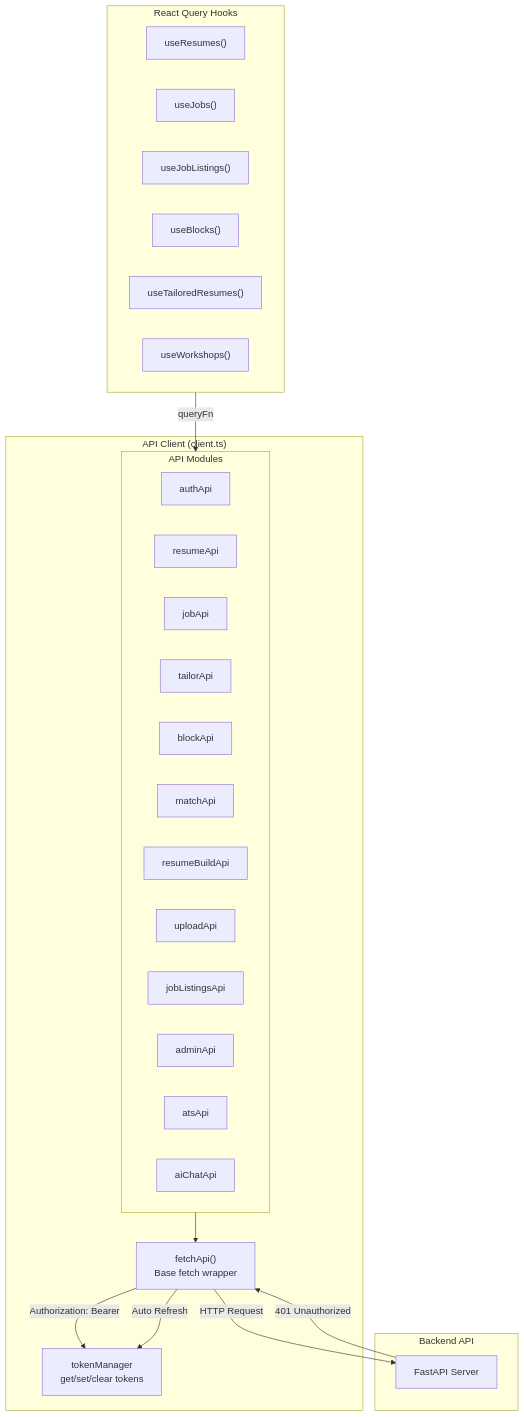
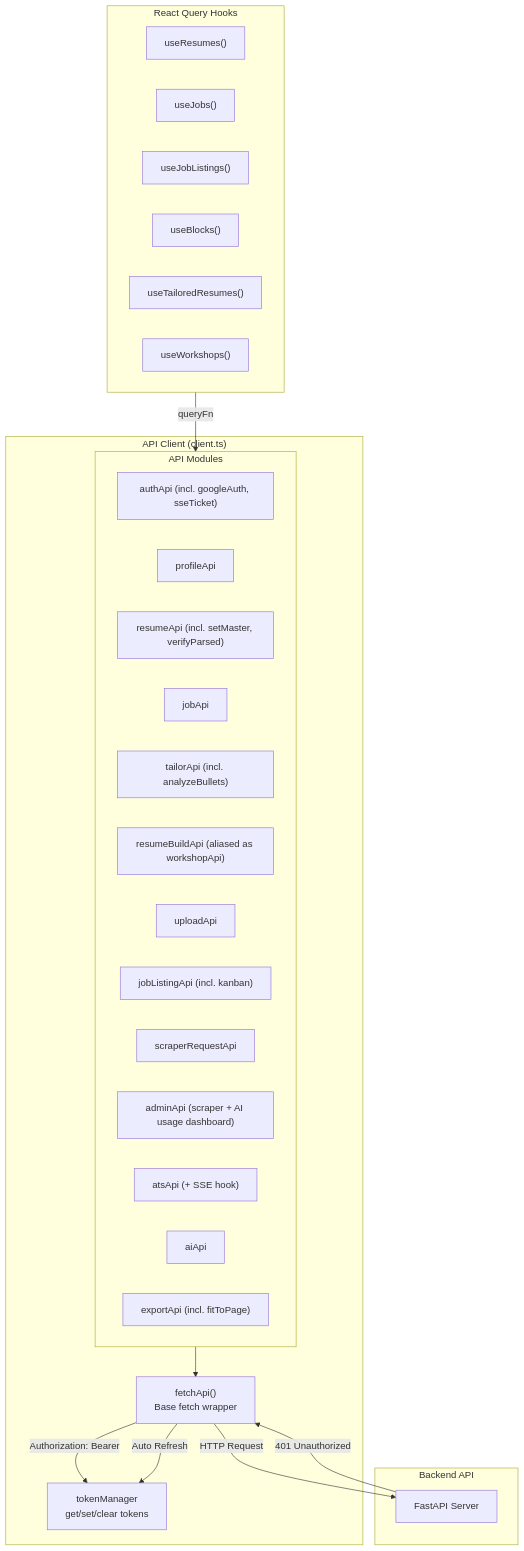
One commit to Sungchunn/AI-Resume-Tailor changed diagram 20 of 33 in docs/architecture/system-architecture.md. Above: the diagram before and after it, drawn with Mermaid. The commit also changed other lines of this file, not shown here.

First line of the commit message:
docs: Refresh system-architecture to match current codebase

````diff
--- a/docs/architecture/system-architecture.md
+++ b/docs/architecture/system-architecture.md
@@ -1447,43 +1544,44 @@
 ```mermaid
 flowchart TB
     subgraph Hooks["React Query Hooks"]
         useResumes["useResumes()"]
         useJobs["useJobs()"]
         useJobListings["useJobListings()"]
         useBlocks["useBlocks()"]
         useTailored["useTailoredResumes()"]
         useWorkshops["useWorkshops()"]
     end
 
     subgraph Client["API Client (client.ts)"]
         TokenMgr["tokenManager<br/>get/set/clear tokens"]
         FetchAPI["fetchApi<T>()<br/>Base fetch wrapper"]
 
         subgraph Modules["API Modules"]
-            AuthAPI["authApi"]
-            ResumeAPI["resumeApi"]
+            AuthAPI["authApi (incl. googleAuth, sseTicket)"]
+            ProfileAPI["profileApi"]
+            ResumeAPI["resumeApi (incl. setMaster, verifyParsed)"]
             JobAPI["jobApi"]
-            TailorAPI["tailorApi"]
-            BlockAPI["blockApi"]
-            MatchAPI["matchApi"]
-            BuildAPI["resumeBuildApi"]
+            TailorAPI["tailorApi (incl. analyzeBullets)"]
+            BuildAPI["resumeBuildApi (aliased as workshopApi)"]
             UploadAPI["uploadApi"]
-            ListingsAPI["jobListingsApi"]
-            AdminAPI["adminApi"]
-            ATSAPI["atsApi"]
-            AIChatAPI["aiChatApi"]
+            ListingsAPI["jobListingApi (incl. kanban)"]
+            ScraperReqAPI["scraperRequestApi"]
+            AdminAPI["adminApi (scraper + AI usage dashboard)"]
+            ATSAPI["atsApi (+ SSE hook)"]
+            AIChatAPI["aiApi"]
+            ExportAPI["exportApi (incl. fitToPage)"]
         end
     end
 
     subgraph Backend["Backend API"]
         FastAPI["FastAPI Server"]
     end
 
     Hooks --> |"queryFn"| Modules
     Modules --> FetchAPI
     FetchAPI --> |"Authorization: Bearer"| TokenMgr
     FetchAPI --> |"HTTP Request"| FastAPI
 
     FastAPI --> |"401 Unauthorized"| FetchAPI
     FetchAPI --> |"Auto Refresh"| TokenMgr
 ```
````
